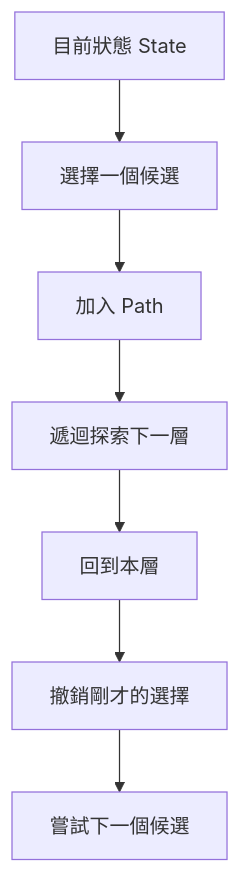
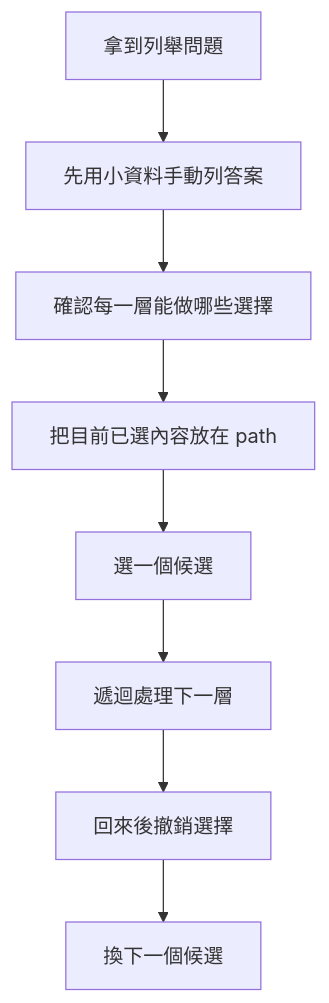
The first of 5 diagrams in 05_recursion_backtracking/22_backtracking.md (davidchen0970/algorithm_note), drawn with Mermaid before and after one commit. The commit also changed other lines of this file and 1 other file, not shown here.

````diff
--- a/05_recursion_backtracking/22_backtracking.md
+++ b/05_recursion_backtracking/22_backtracking.md
@@ -19,9 +25,10 @@
 ```mermaid
 flowchart TD
-    A[目前狀態 State] --> B[選擇一個候選]
-    B --> C[加入 Path]
-    C --> D[遞迴探索下一層]
-    D --> E[回到本層]
-    E --> F[撤銷剛才的選擇]
-    F --> G[嘗試下一個候選]
+    A[拿到列舉問題] --> B[先用小資料手動列答案]
+    B --> C[確認每一層能做哪些選擇]
+    C --> D[把目前已選內容放在 path]
+    D --> E[選一個候選]
+    E --> F[遞迴處理下一層]
+    F --> G[回來後撤銷選擇]
+    G --> H[換下一個候選]
 ```
````
